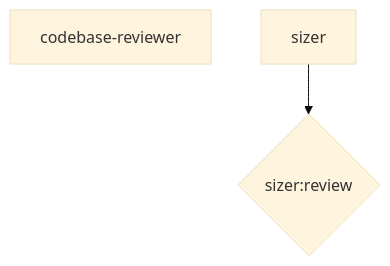
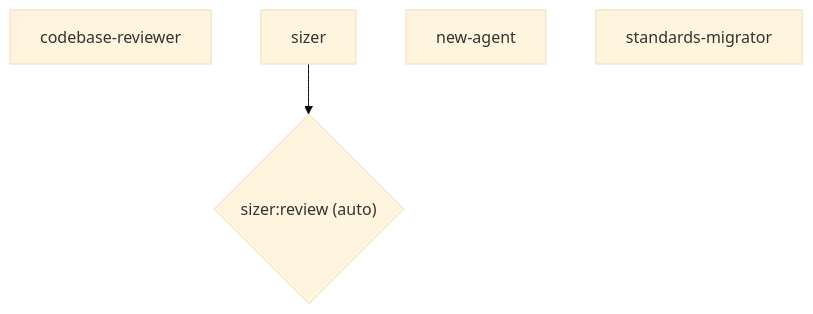
Before and after one commit to M-A-Operating-System/ai-coding-standards2: the diagram in docs/product/orchestrator/generated/phases/00_ondemand.mmd, drawn with Mermaid (base theme). The commit also changed 17 other files, not shown here.

```diff
--- a/docs/product/orchestrator/generated/phases/00_ondemand.mmd
+++ b/docs/product/orchestrator/generated/phases/00_ondemand.mmd
@@ -1,5 +1,7 @@
 flowchart TD
     n_00_ondemand__codebase_reviewer["codebase-reviewer"]
     n_00_ondemand__sizer["sizer"]
-    gate__n_00_ondemand__sizer{"sizer:review"}
+    n_00_ondemand__new_agent["new-agent"]
+    n_00_ondemand__standards_migrator["standards-migrator"]
+    gate__n_00_ondemand__sizer{"sizer:review (auto)"}
     n_00_ondemand__sizer --> gate__n_00_ondemand__sizer
```
